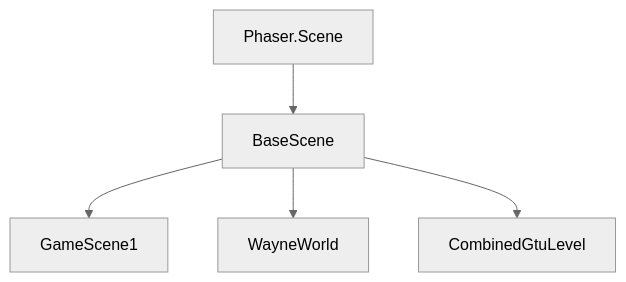
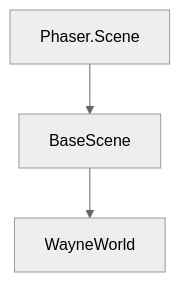
Before and after one commit to FeadHD/ShooterGTU: the second of 3 diagrams in STRUCTURE.md, drawn with Mermaid (neutral theme). The commit also changed other lines of this file and 38 other files, not shown here.

````diff
--- a/STRUCTURE.md
+++ b/STRUCTURE.md
@@ -91,7 +88,5 @@
 ```mermaid
 graph TD
     Scene[Phaser.Scene] --> BaseScene
-    BaseScene --> GameScene1
     BaseScene --> WayneWorld
-    BaseScene --> CombinedGtuLevel
 ```
````
